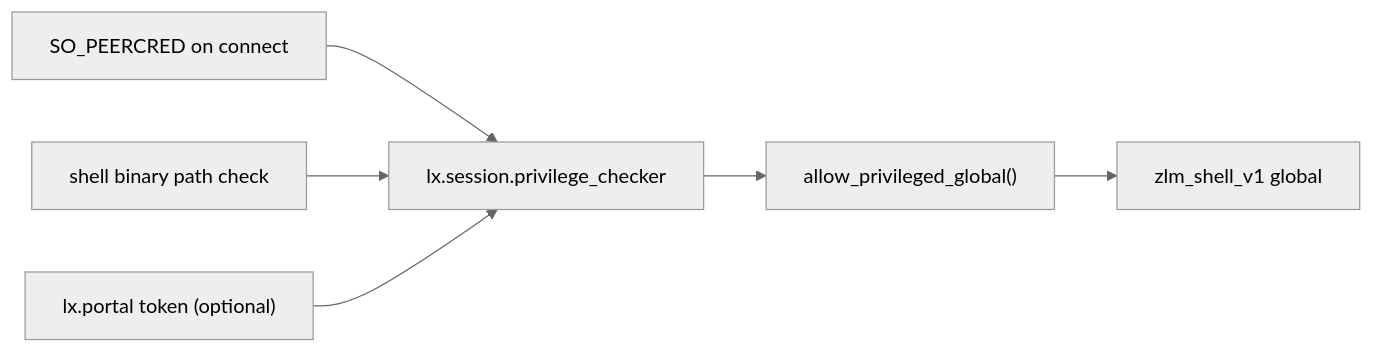
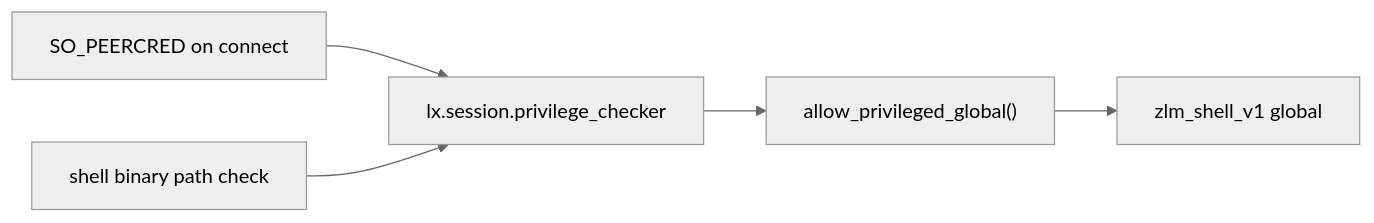
One commit to dimmus/lumen changed the eighth of 9 diagrams in docs/architecture.md. Above: the diagram before and after it, drawn with Mermaid (neutral theme). The commit also changed other lines of this file and 151 other files, not shown here.

````diff
--- a/docs/architecture.md
+++ b/docs/architecture.md
@@ -1445,14 +1795,12 @@
 ```mermaid
 flowchart LR
     CRED["SO_PEERCRED on connect"]
     PATH["shell binary path check"]
-    PORTAL["lx.portal token (optional)"]
     CHK["lx.session.privilege_checker"]
     ALLOW["allow_privileged_global()"]
     ZLM["zlm_shell_v1 global"]
 
     CRED --> CHK
     PATH --> CHK
-    PORTAL --> CHK
     CHK --> ALLOW --> ZLM
 ```
````
